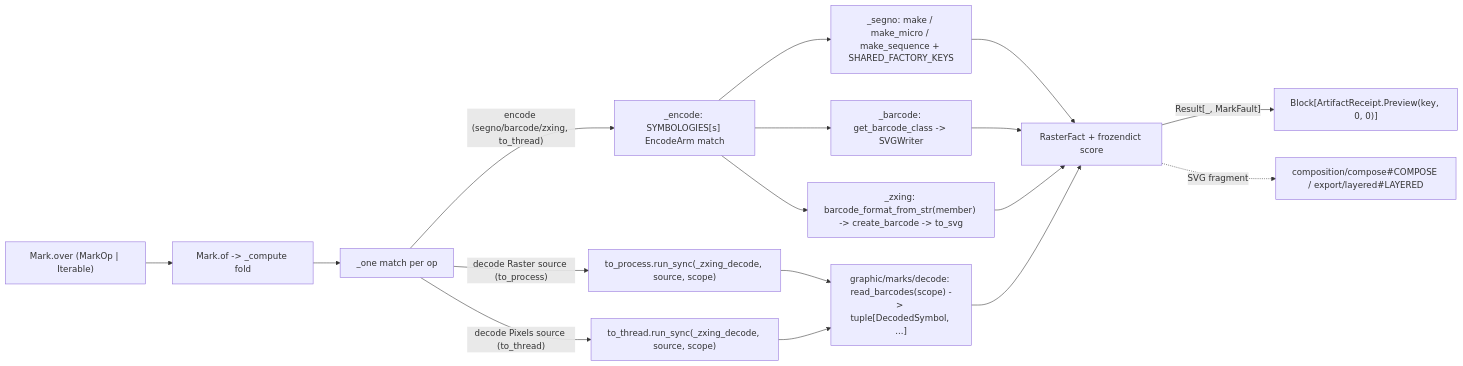
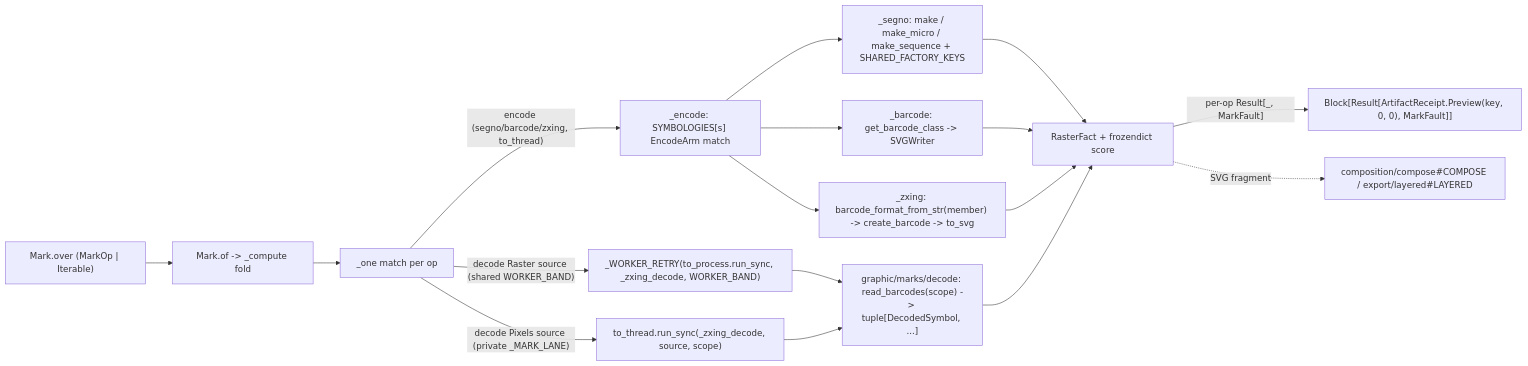
The diagram in libs/python/artifacts/.planning/graphic/marks/encode.md (bsamiee/Rasm), drawn with Mermaid before and after one commit. The commit also changed other lines of this file and 108 other files, not shown here.

````diff
--- a/libs/python/artifacts/.planning/graphic/marks/encode.md
+++ b/libs/python/artifacts/.planning/graphic/marks/encode.md
@@ -527,19 +541,19 @@
 ```mermaid
 flowchart LR
     Over["Mark.over (MarkOp | Iterable)"] --> Of["Mark.of -> _compute fold"]
     Of --> One["_one match per op"]
     One -->|"encode (segno/barcode/zxing, to_thread)"| Enc["_encode: SYMBOLOGIES[s] EncodeArm match"]
-    One -->|"decode Raster source (to_process)"| Worker["to_process.run_sync(_zxing_decode, source, scope)"]
-    One -->|"decode Pixels source (to_thread)"| Direct["to_thread.run_sync(_zxing_decode, source, scope)"]
+    One -->|"decode Raster source (shared WORKER_BAND)"| Worker["_WORKER_RETRY(to_process.run_sync, _zxing_decode, WORKER_BAND)"]
+    One -->|"decode Pixels source (private _MARK_LANE)"| Direct["to_thread.run_sync(_zxing_decode, source, scope)"]
     Enc --> Qr["_segno: make / make_micro / make_sequence + SHARED_FACTORY_KEYS"]
     Enc --> Bar["_barcode: get_barcode_class -> SVGWriter"]
     Enc --> Zx["_zxing: barcode_format_from_str(member) -> create_barcode -> to_svg"]
     Worker --> Dec["graphic/marks/decode: read_barcodes(scope) -> tuple[DecodedSymbol, ...]"]
     Direct --> Dec
     Qr --> Fact["RasterFact + frozendict score"]
     Bar --> Fact
     Zx --> Fact
     Dec --> Fact
-    Fact -->|"Result[_, MarkFault]"| Receipt["Block[ArtifactReceipt.Preview(key, 0, 0)]"]
+    Fact -->|"per-op Result[_, MarkFault]"| Receipt["Block[Result[ArtifactReceipt.Preview(key, 0, 0), MarkFault]]"]
     Fact -.->|"SVG fragment"| Compose["composition/compose#COMPOSE / export/layered#LAYERED"]
 ```
````
